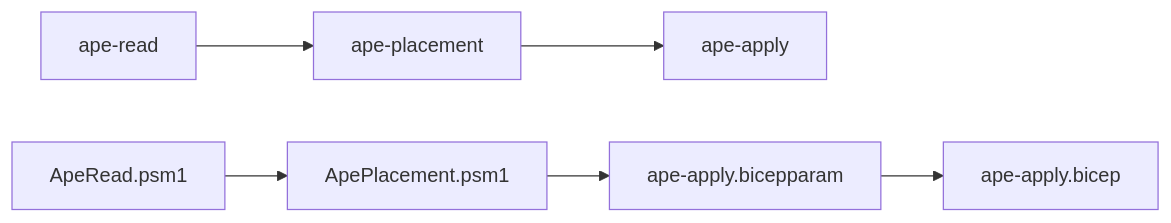
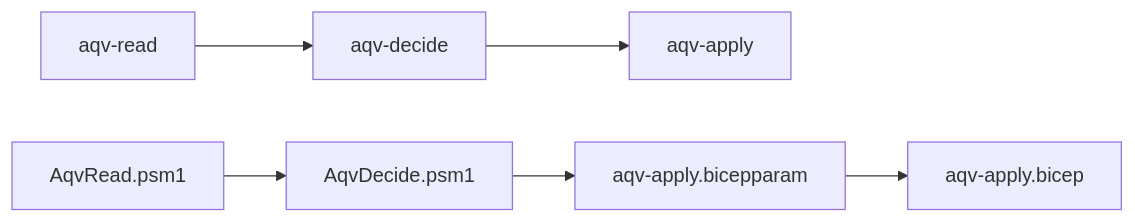
One commit to chrislittle/azure-placement-engine changed the second of 3 diagrams in docs/GUIDE.md. Above: the diagram before and after it, drawn with Mermaid. The commit also changed other lines of this file and 44 other files, not shown here.

````diff
--- a/docs/GUIDE.md
+++ b/docs/GUIDE.md
@@ -236,5 +236,5 @@
 ```mermaid
 flowchart LR
-    T1[ape-read] --> T2[ape-placement] --> T3[ape-apply]
-    B1[ApeRead.psm1] --> B2[ApePlacement.psm1] --> B3[ape-apply.bicepparam] --> B4[ape-apply.bicep]
+    T1[aqv-read] --> T2[aqv-decide] --> T3[aqv-apply]
+    B1[AqvRead.psm1] --> B2[AqvDecide.psm1] --> B3[aqv-apply.bicepparam] --> B4[aqv-apply.bicep]
 ```
````
